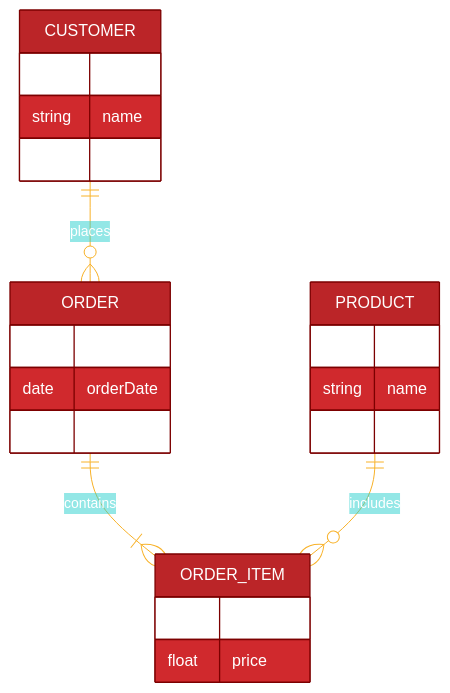
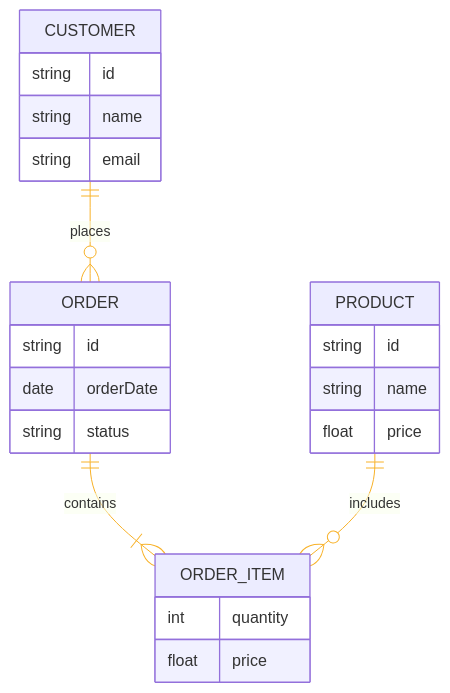
Before and after one commit to sunnyyyy/MermaidTest: the diagram in input.mmd, drawn with Mermaid.

Commit message:
style change

```diff
--- a/input.mmd
+++ b/input.mmd
@@ -1,36 +1,36 @@
       %%{init: { 'fontFamily': 'Space-Notorious-rounded', 'fontSize': '32px' } }%%
       %%{init: {
       "flowchart": {"nodeSpacing": 200, "rankSpacing": 300, "useMaxWidth": "true", "htmlLabels": "true", "curve": 'cardinal'},
       "securityLevel": "loose",
-      "themeVariables": { 'primaryColor': '#BB2528',
+      "themeVariables": { 'primaryColor': '#443334ff',
                           'primaryTextColor': '#fff',
                           'primaryBorderColor': '#7C0000',
                           'lineColor': '#F8B229',
                           'secondaryColor': '#006100'},
-  "theme": "base",
+  "theme": "darkmode",
     "themeCSS": ".extension;.divider { display: none; };"
     
 }}%%
 erDiagram
     CUSTOMER ||--o{ ORDER : places
     ORDER ||--|{ ORDER_ITEM : contains
     PRODUCT ||--o{ ORDER_ITEM : includes
     CUSTOMER {
         string id
         string name
         string email
     }
     ORDER {
         string id
         date orderDate
         string status
     }
     PRODUCT {
         string id
         string name
         float price
     }
     ORDER_ITEM {
         int quantity
         float price
     }
```
